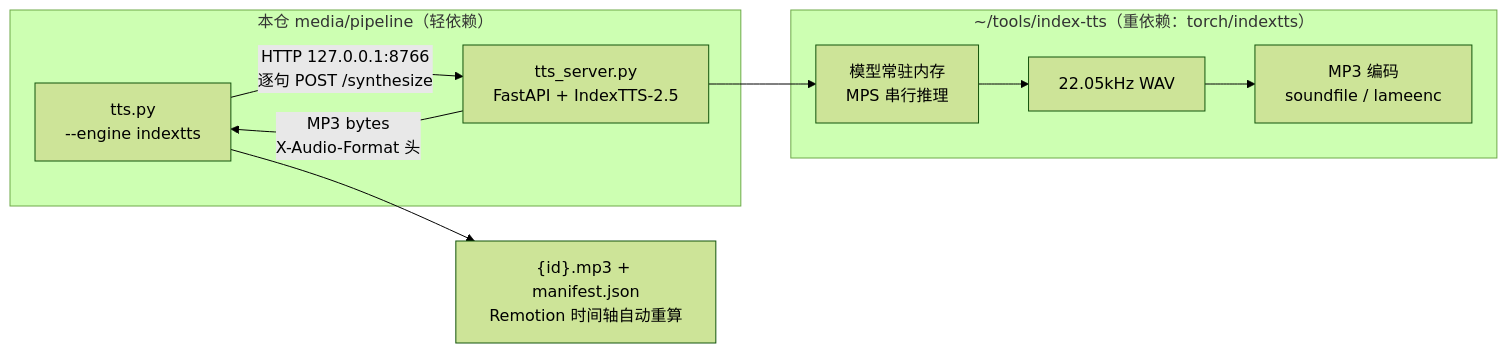
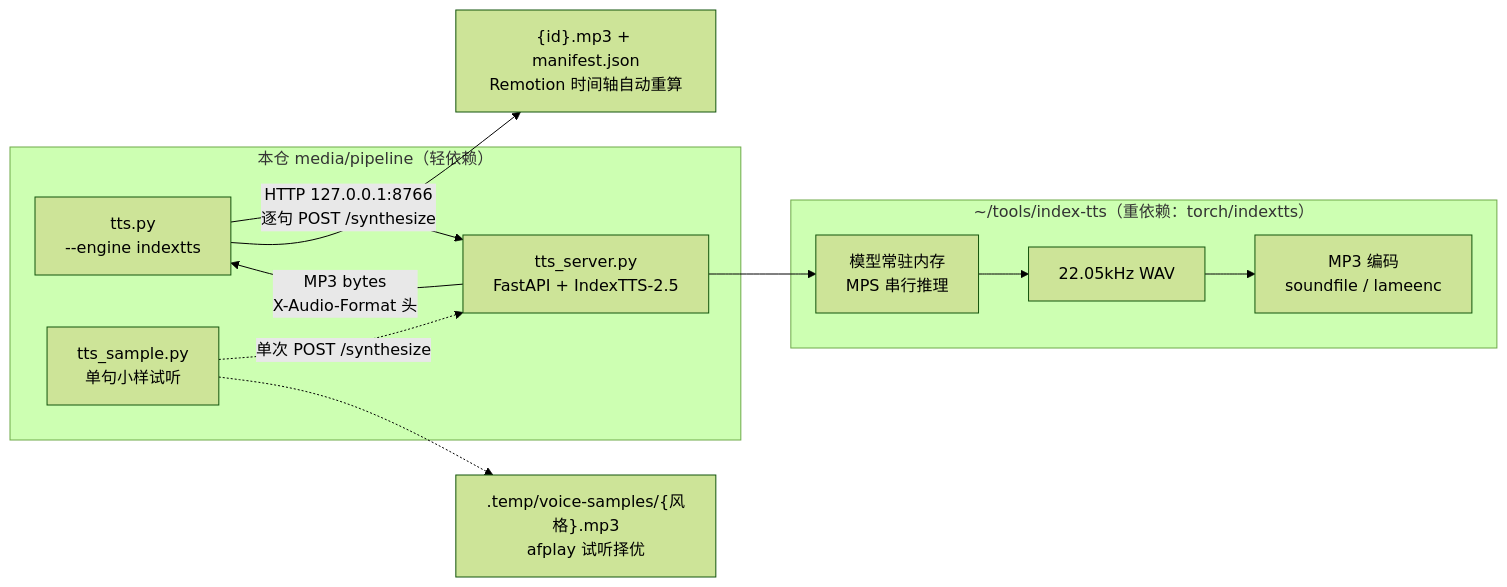
Before and after one commit to ThreeFish-AI/negentropy: the diagram in media/pipeline/VOICE-CLONING.md, drawn with Mermaid (forest theme). The commit also changed other lines of this file and 2 other files, not shown here.

First line of the commit message:
feat(tts): 新增单句声音小样试听脚本，声音克隆手册补齐试听章节

````diff
--- a/media/pipeline/VOICE-CLONING.md
+++ b/media/pipeline/VOICE-CLONING.md
@@ -24,13 +24,15 @@
 ```mermaid
 flowchart LR
     subgraph 管线侧["本仓 media/pipeline（轻依赖）"]
         A["tts.py<br/>--engine indextts"] -->|"HTTP 127.0.0.1:8766<br/>逐句 POST /synthesize"| B
+        S["tts_sample.py<br/>单句小样试听"] -.->|"单次 POST /synthesize"| B
     end
     subgraph 推理侧["~/tools/index-tts（重依赖：torch/indextts）"]
         B["tts_server.py<br/>FastAPI + IndexTTS-2.5"] --> C["模型常驻内存<br/>MPS 串行推理"]
         C --> D["22.05kHz WAV"]
         D --> E["MP3 编码<br/>soundfile / lameenc"]
     end
     B -->|"MP3 bytes<br/>X-Audio-Format 头"| A
     A --> F["{id}.mp3 + manifest.json<br/>Remotion 时间轴自动重算"]
+    S -.-> G[".temp/voice-samples/{风格}.mp3<br/>afplay 试听择优"]
 ```
````
